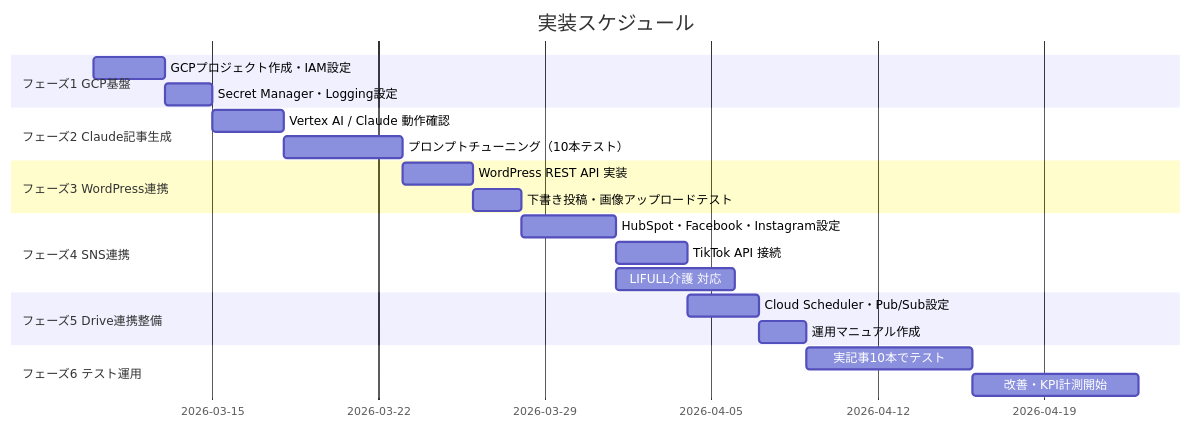
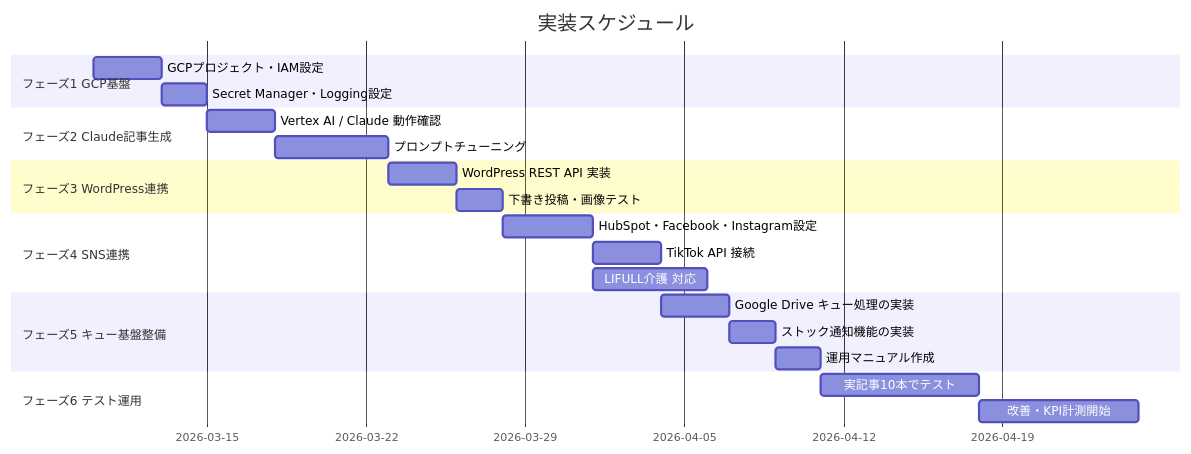
The fifth of 5 diagrams in SNS自動投稿_システム図.md (hideyoshihommura-design/koho-sesaku), drawn with Mermaid before and after one commit. The commit also changed other lines of this file, not shown here.

Commit message:
システム図をキュー方式に全面更新

````diff
--- a/SNS自動投稿_システム図.md
+++ b/SNS自動投稿_システム図.md
@@ -110,29 +161,30 @@
 ```mermaid
 gantt
     title 実装スケジュール
     dateFormat  YYYY-MM-DD
     section フェーズ1 GCP基盤
-        GCPプロジェクト作成・IAM設定        :p1a, 2026-03-10, 3d
-        Secret Manager・Logging設定         :p1b, after p1a, 2d
+        GCPプロジェクト・IAM設定         :p1a, 2026-03-10, 3d
+        Secret Manager・Logging設定      :p1b, after p1a, 2d
 
     section フェーズ2 Claude記事生成
-        Vertex AI / Claude 動作確認          :p2a, after p1b, 3d
-        プロンプトチューニング（10本テスト）  :p2b, after p2a, 5d
+        Vertex AI / Claude 動作確認       :p2a, after p1b, 3d
+        プロンプトチューニング            :p2b, after p2a, 5d
 
     section フェーズ3 WordPress連携
-        WordPress REST API 実装              :p3a, after p2b, 3d
-        下書き投稿・画像アップロードテスト    :p3b, after p3a, 2d
+        WordPress REST API 実装           :p3a, after p2b, 3d
+        下書き投稿・画像テスト            :p3b, after p3a, 2d
 
     section フェーズ4 SNS連携
-        HubSpot・Facebook・Instagram設定     :p4a, after p3b, 4d
-        TikTok API 接続                      :p4b, after p4a, 3d
-        LIFULL介護 対応                      :p4c, after p4a, 5d
+        HubSpot・Facebook・Instagram設定  :p4a, after p3b, 4d
+        TikTok API 接続                   :p4b, after p4a, 3d
+        LIFULL介護 対応                   :p4c, after p4a, 5d
 
-    section フェーズ5 Drive連携整備
-        Cloud Scheduler・Pub/Sub設定         :p5a, after p4b, 3d
-        運用マニュアル作成                   :p5b, after p5a, 2d
+    section フェーズ5 キュー基盤整備
+        Google Drive キュー処理の実装     :p5a, after p4b, 3d
+        ストック通知機能の実装            :p5b, after p5a, 2d
+        運用マニュアル作成               :p5c, after p5b, 2d
 
     section フェーズ6 テスト運用
-        実記事10本でテスト                   :p6a, after p5b, 7d
-        改善・KPI計測開始                    :p6b, after p6a, 7d
+        実記事10本でテスト               :p6a, after p5c, 7d
+        改善・KPI計測開始                :p6b, after p6a, 7d
 ```
````
